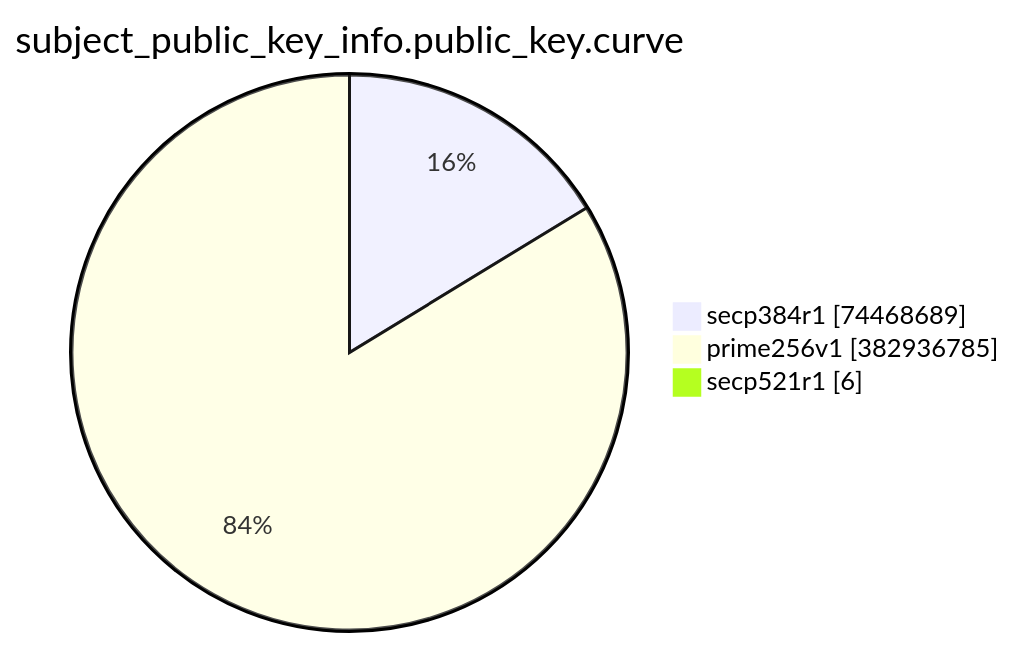
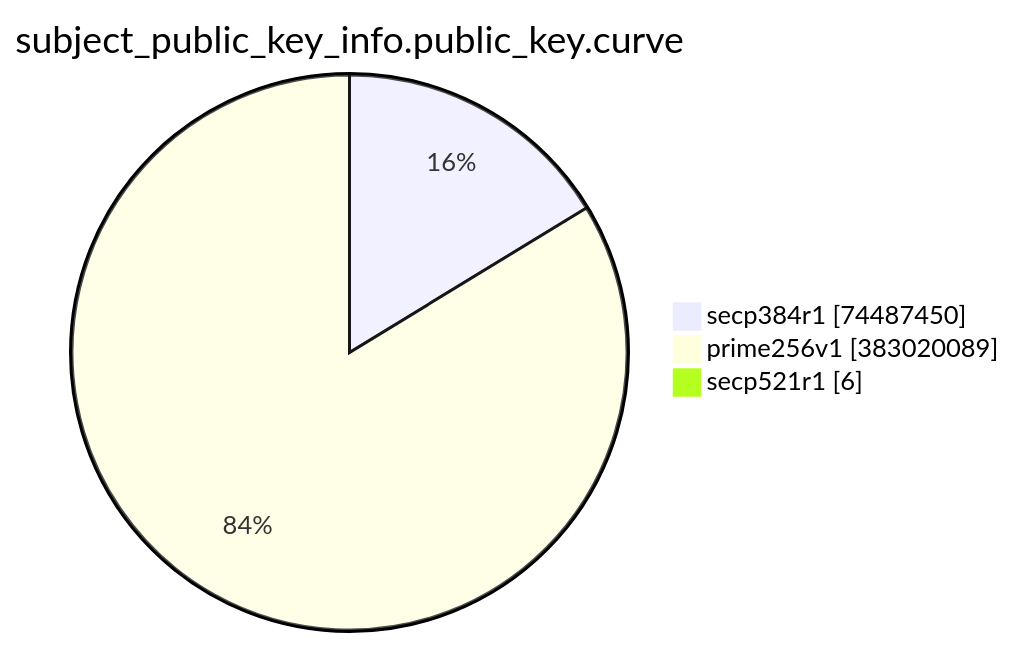
Before and after one commit to christiankrug/ctmonitor_visualization: the eighth of 15 diagrams in TOTAL/README.md, drawn with Mermaid. The commit also changed other lines of this file, not shown here.

````diff
--- a/TOTAL/README.md
+++ b/TOTAL/README.md
@@ -3094,7 +3094,7 @@
 ```mermaid
 pie showData
 title subject_public_key_info.public_key.curve
-"secp384r1" :74468689
-"prime256v1" :382936785
+"secp384r1" :74487450
+"prime256v1" :383020089
 "secp521r1" :6
 ```
````
